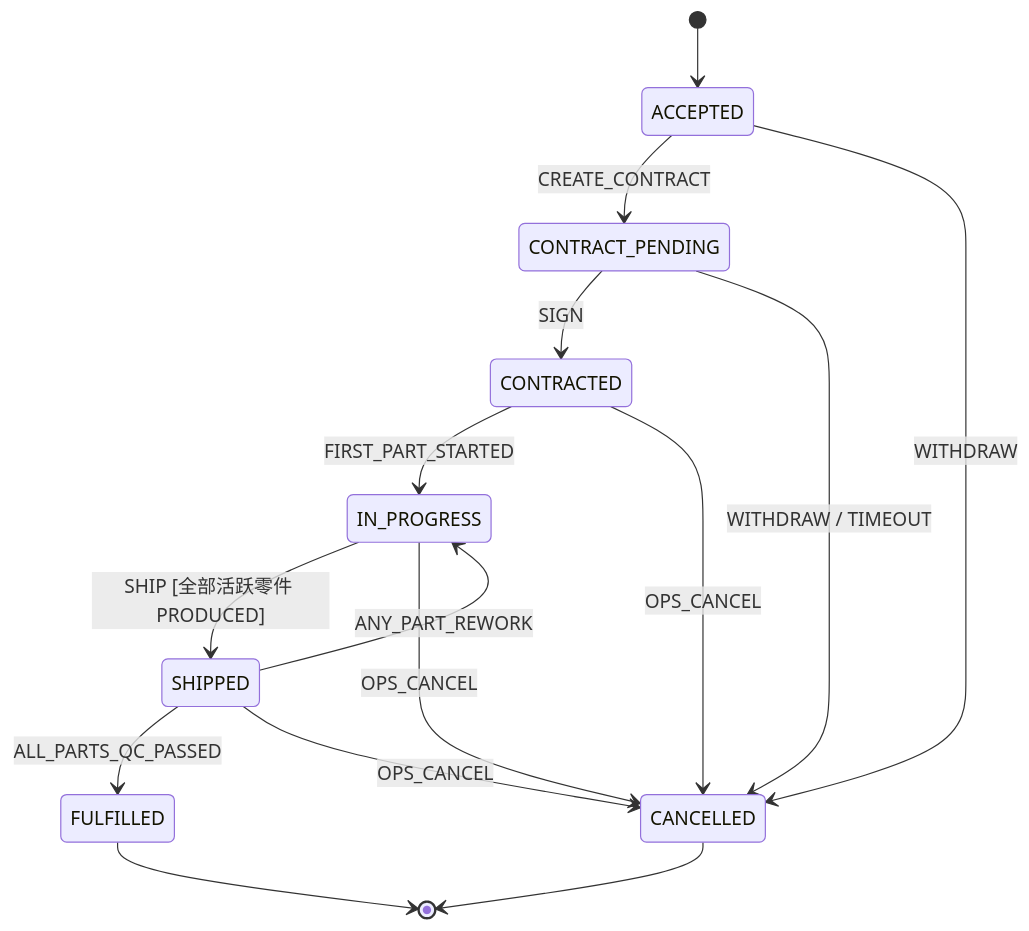
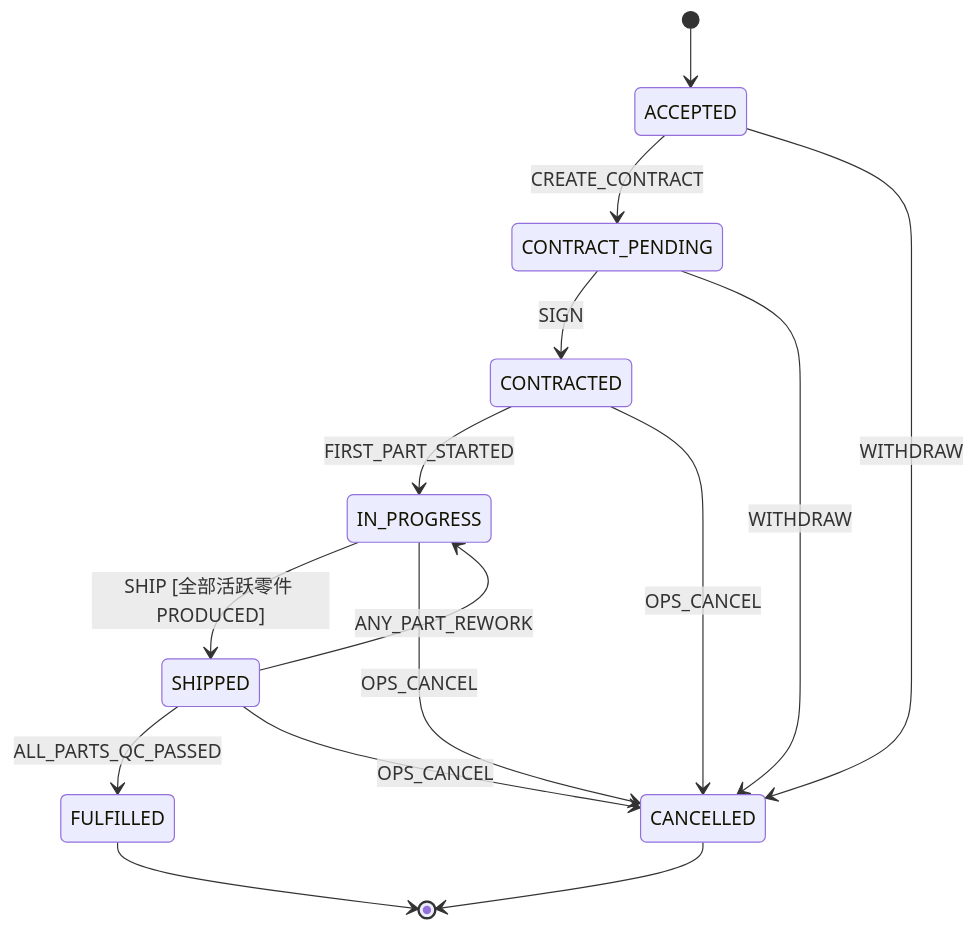
One commit to yubeining/yuhao_website changed the third of 4 diagrams in docs/design/12-订单与零件状态机.md. Above: the diagram before and after it, drawn with Mermaid. The commit also changed other lines of this file and 1 other file, not shown here.

````diff
--- a/docs/design/12-订单与零件状态机.md
+++ b/docs/design/12-订单与零件状态机.md
@@ -157,17 +213,17 @@
 ```mermaid
 stateDiagram-v2
     [*] --> ACCEPTED
     ACCEPTED --> CONTRACT_PENDING: CREATE_CONTRACT
     CONTRACT_PENDING --> CONTRACTED: SIGN
     CONTRACTED --> IN_PROGRESS: FIRST_PART_STARTED
     IN_PROGRESS --> SHIPPED: SHIP [全部活跃零件 PRODUCED]
     SHIPPED --> FULFILLED: ALL_PARTS_QC_PASSED
     SHIPPED --> IN_PROGRESS: ANY_PART_REWORK
     ACCEPTED --> CANCELLED: WITHDRAW
-    CONTRACT_PENDING --> CANCELLED: WITHDRAW / TIMEOUT
+    CONTRACT_PENDING --> CANCELLED: WITHDRAW
     CONTRACTED --> CANCELLED: OPS_CANCEL
     IN_PROGRESS --> CANCELLED: OPS_CANCEL
     SHIPPED --> CANCELLED: OPS_CANCEL
     FULFILLED --> [*]
     CANCELLED --> [*]
 ```
````
